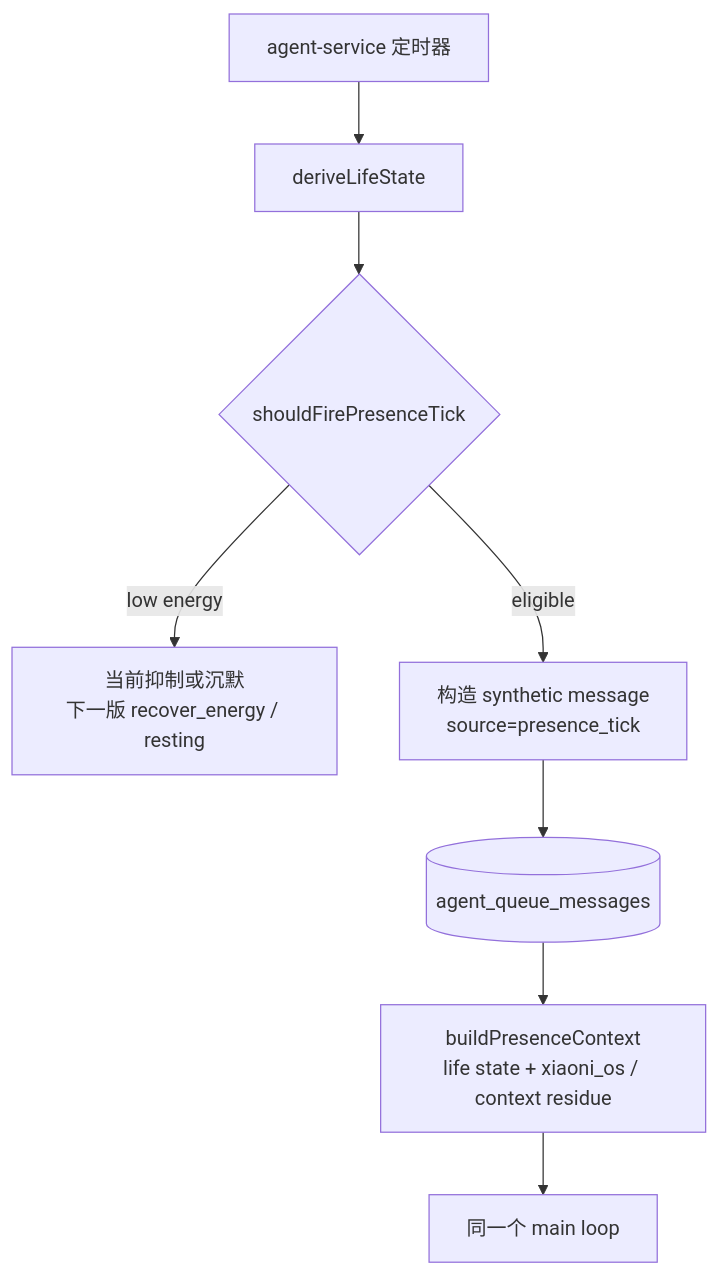
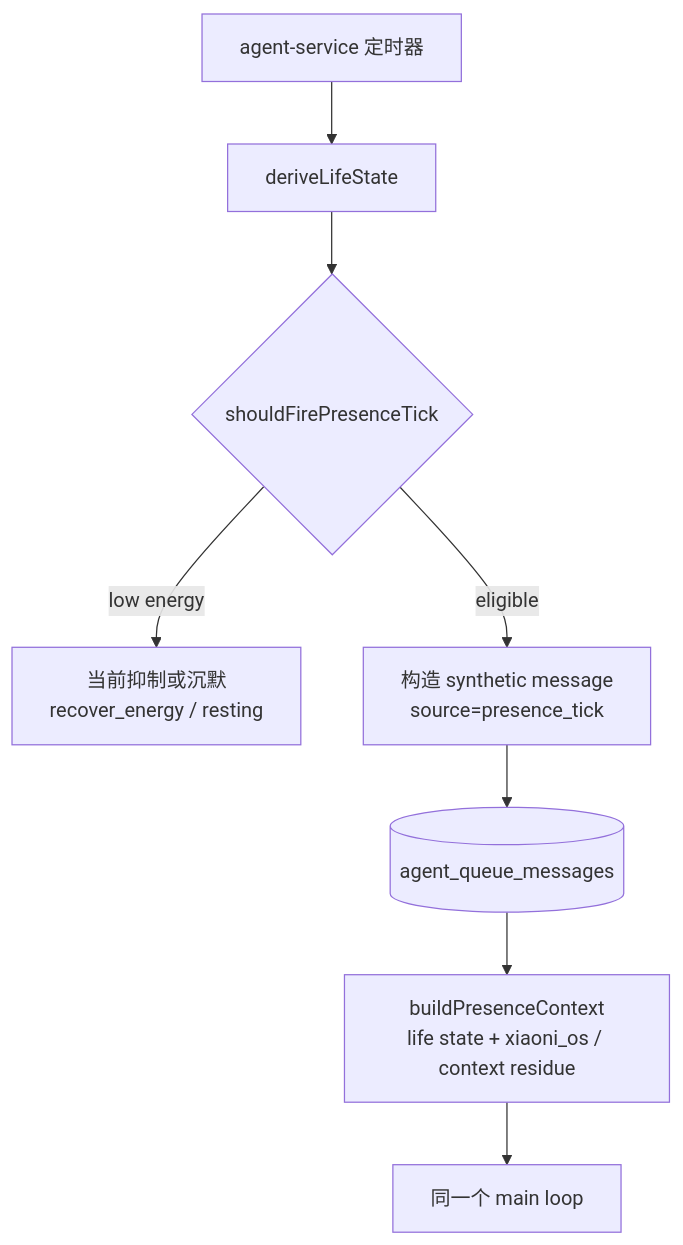
One commit to Hei-AI/xiaoni_cc changed the third of 3 diagrams in docs/XIAONI_SPEAKING_FLOW.md. Above: the diagram before and after it, drawn with Mermaid. The commit also changed other lines of this file and 39 other files, not shown here.

````diff
--- a/docs/XIAONI_SPEAKING_FLOW.md
+++ b/docs/XIAONI_SPEAKING_FLOW.md
@@ -86,10 +86,10 @@
 ```mermaid
 flowchart TD
   A[agent-service 定时器] --> B[deriveLifeState]
   B --> C{shouldFirePresenceTick}
-  C -->|low energy| D[当前抑制或沉默<br/>下一版 recover_energy / resting]
+  C -->|low energy| D[当前抑制或沉默<br/>recover_energy / resting]
   C -->|eligible| E[构造 synthetic message<br/>source=presence_tick]
   E --> F[(agent_queue_messages)]
   F --> G[buildPresenceContext<br/>life state + xiaoni_os / context residue]
   G --> H[同一个 main loop]
 ```
````
